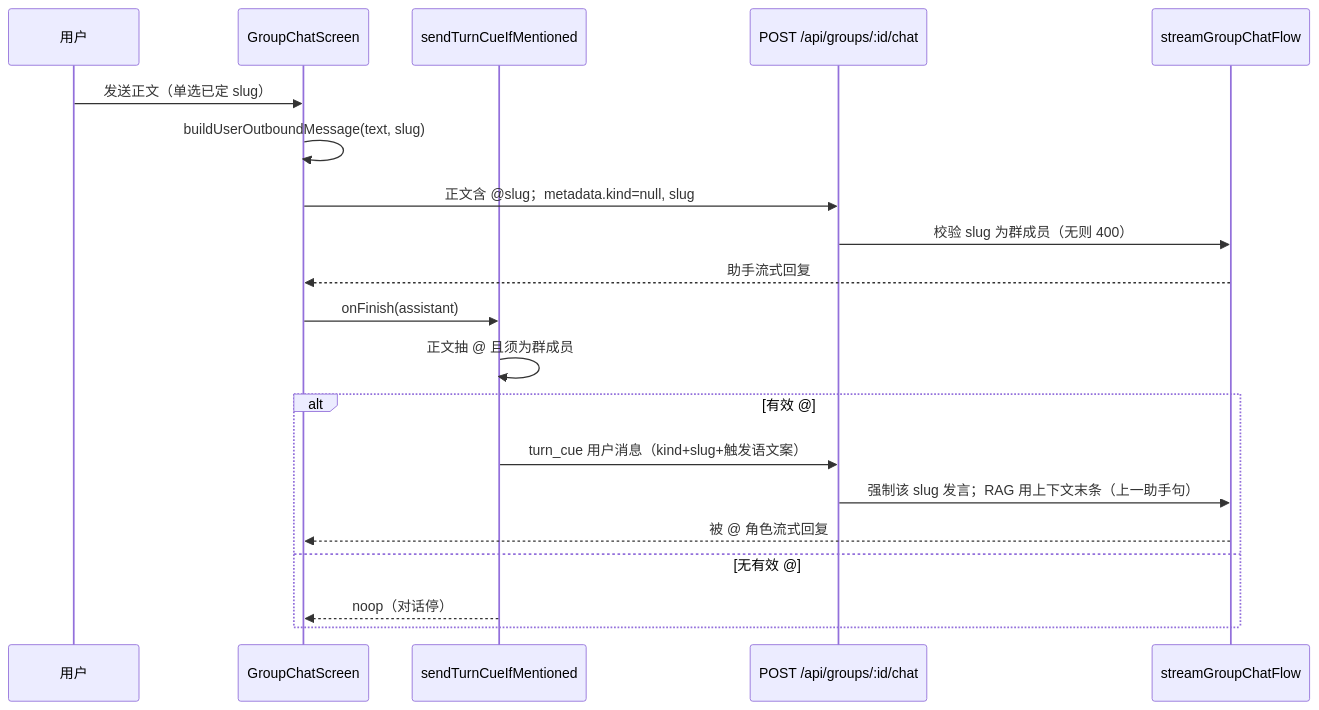
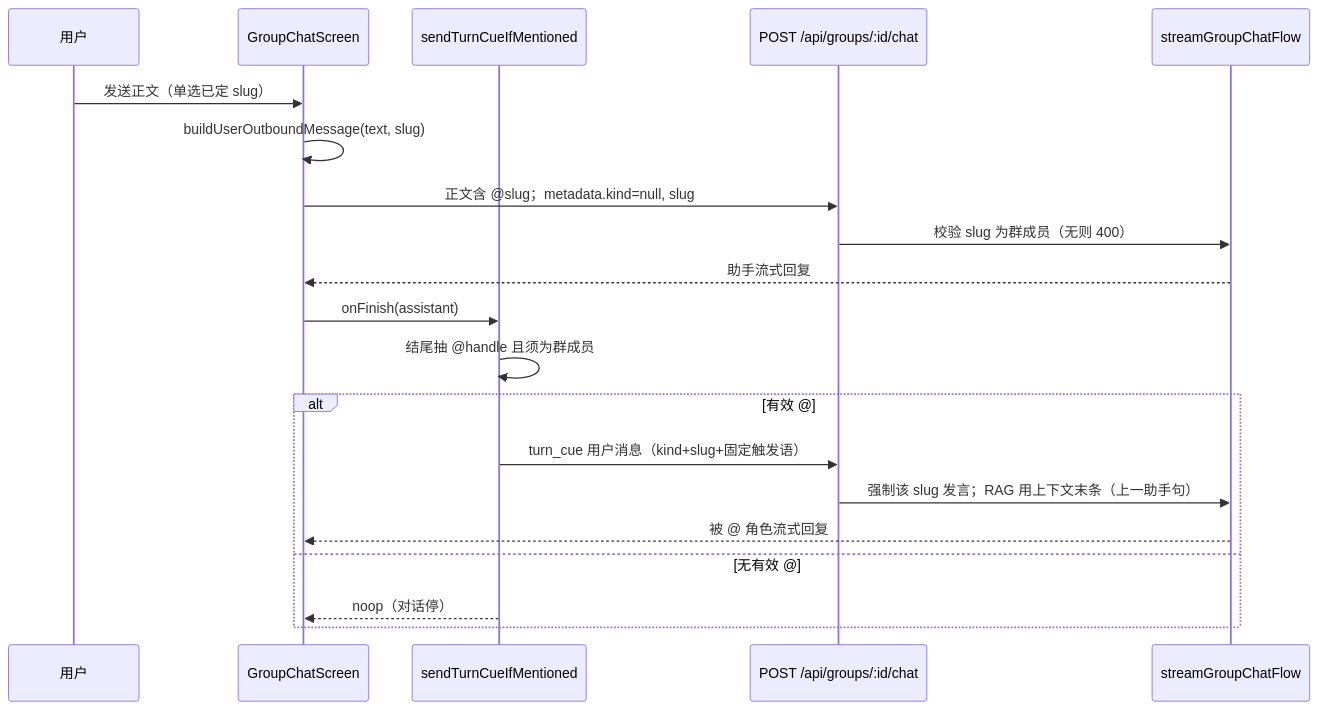
One commit to lilialab/lilia changed the diagram in docs/groups/mention-turn-cue.md. Above: the diagram before and after it, drawn with Mermaid. The commit also changed other lines of this file and 16 other files, not shown here.

````diff
--- a/docs/groups/mention-turn-cue.md
+++ b/docs/groups/mention-turn-cue.md
@@ -25,24 +26,24 @@
 ```mermaid
 sequenceDiagram
   participant User as 用户
   participant UI as GroupChatScreen
   participant Cue as sendTurnCueIfMentioned
   participant API as POST /api/groups/:id/chat
   participant Svc as streamGroupChatFlow
 
   User->>UI: 发送正文（单选已定 slug）
   UI->>UI: buildUserOutboundMessage(text, slug)
   UI->>API: 正文含 @slug；metadata.kind=null, slug
   API->>Svc: 校验 slug 为群成员（无则 400）
   Svc-->>UI: 助手流式回复
 
   UI->>Cue: onFinish(assistant)
-  Cue->>Cue: 正文抽 @ 且须为群成员
+  Cue->>Cue: 结尾抽 @handle 且须为群成员
   alt 有效 @
-    Cue->>API: turn_cue 用户消息（kind+slug+触发语文案）
+    Cue->>API: turn_cue 用户消息（kind+slug+固定触发语）
     API->>Svc: 强制该 slug 发言；RAG 用上下文末条（上一助手句）
     Svc-->>UI: 被 @ 角色流式回复
   else 无有效 @
     Cue-->>UI: noop（对话停）
   end
 ```
````
